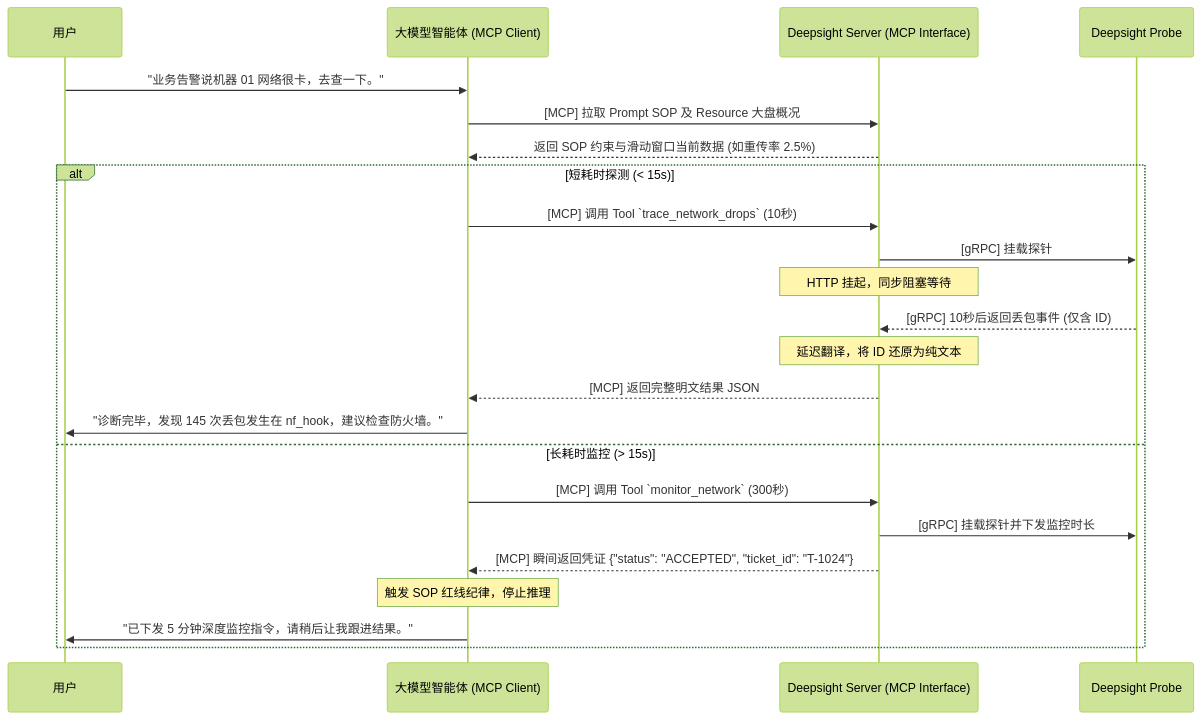
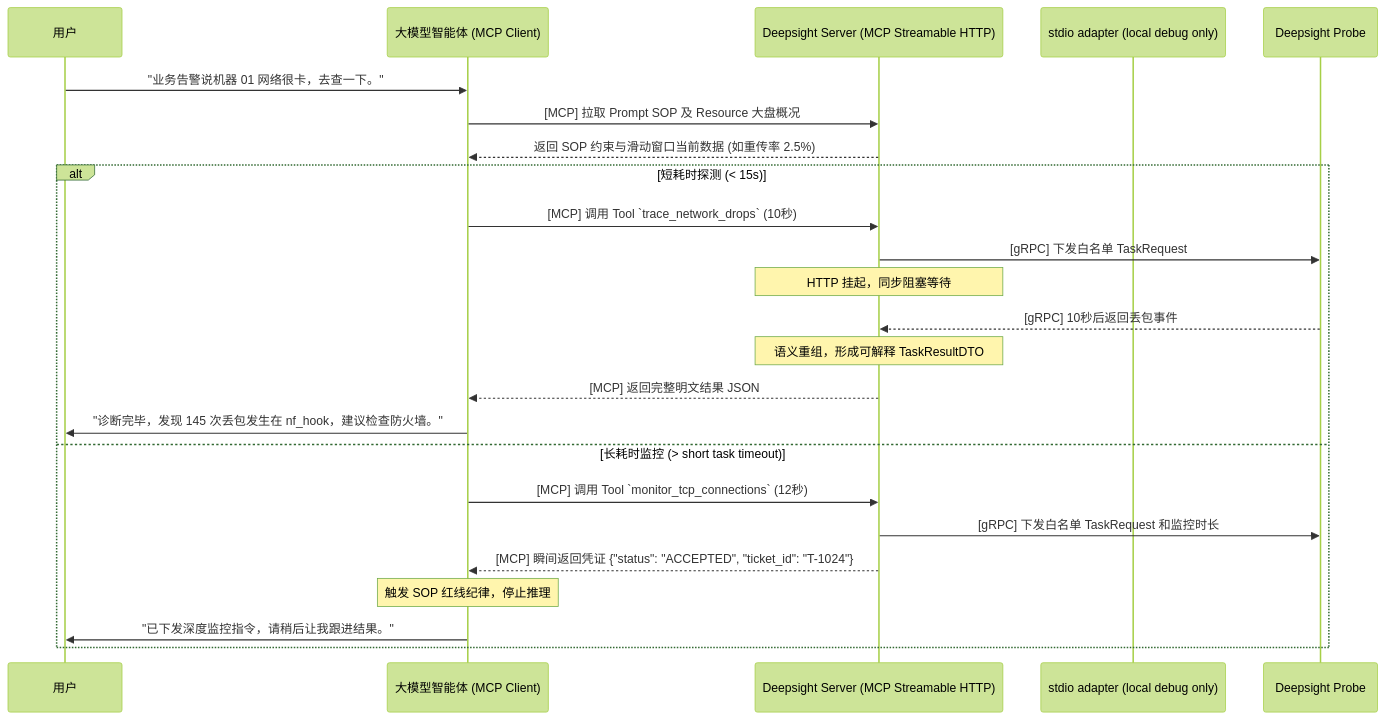
The diagram in guide/mcp-integration.md (riyueshan/Deepsight), drawn with Mermaid (forest theme) before and after one commit. The commit also changed other lines of this file and 32 other files, not shown here.

````diff
--- a/guide/mcp-integration.md
+++ b/guide/mcp-integration.md
@@ -131,30 +178,31 @@
 ```mermaid
 sequenceDiagram
     participant User as 用户
     participant LLM as 大模型智能体 (MCP Client)
-    participant Server as Deepsight Server (MCP Interface)
+    participant Server as Deepsight Server (MCP Streamable HTTP)
+    participant Adapter as stdio adapter (local debug only)
     participant Probe as Deepsight Probe
 
     User->>LLM: "业务告警说机器 01 网络很卡，去查一下。"
 
     %% 第一阶段：拉取静态资源
     LLM->>Server: [MCP] 拉取 Prompt SOP 及 Resource 大盘概况
     Server-->>LLM: 返回 SOP 约束与滑动窗口当前数据 (如重传率 2.5%)
 
     %% 第二阶段：执行动态诊断（智能分流）
     alt 短耗时探测 (< 15s)
         LLM->>Server: [MCP] 调用 Tool `trace_network_drops` (10秒)
-        Server->>Probe: [gRPC] 挂载探针
+        Server->>Probe: [gRPC] 下发白名单 TaskRequest
         Note over Server: HTTP 挂起，同步阻塞等待
-        Probe-->>Server: [gRPC] 10秒后返回丢包事件 (仅含 ID)
-        Note over Server: 延迟翻译，将 ID 还原为纯文本
+        Probe-->>Server: [gRPC] 10秒后返回丢包事件
+        Note over Server: 语义重组，形成可解释 TaskResultDTO
         Server-->>LLM: [MCP] 返回完整明文结果 JSON
         LLM->>User: "诊断完毕，发现 145 次丢包发生在 nf_hook，建议检查防火墙。"
-    else 长耗时监控 (> 15s)
-        LLM->>Server: [MCP] 调用 Tool `monitor_network` (300秒)
-        Server->>Probe: [gRPC] 挂载探针并下发监控时长
+    else 长耗时监控 (> short task timeout)
+        LLM->>Server: [MCP] 调用 Tool `monitor_tcp_connections` (12秒)
+        Server->>Probe: [gRPC] 下发白名单 TaskRequest 和监控时长
         Server-->>LLM: [MCP] 瞬间返回凭证 {"status": "ACCEPTED", "ticket_id": "T-1024"}
         Note over LLM: 触发 SOP 红线纪律，停止推理
-        LLM->>User: "已下发 5 分钟深度监控指令，请稍后让我跟进结果。"
+        LLM->>User: "已下发深度监控指令，请稍后让我跟进结果。"
     end
 ```
````
